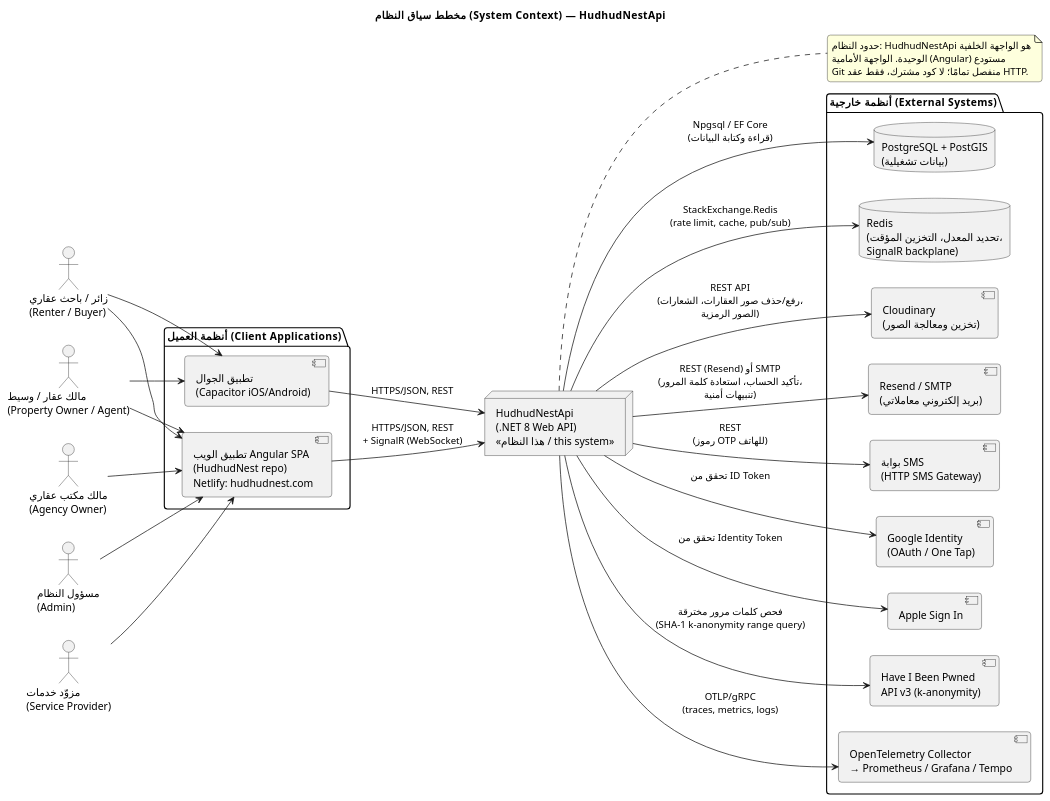
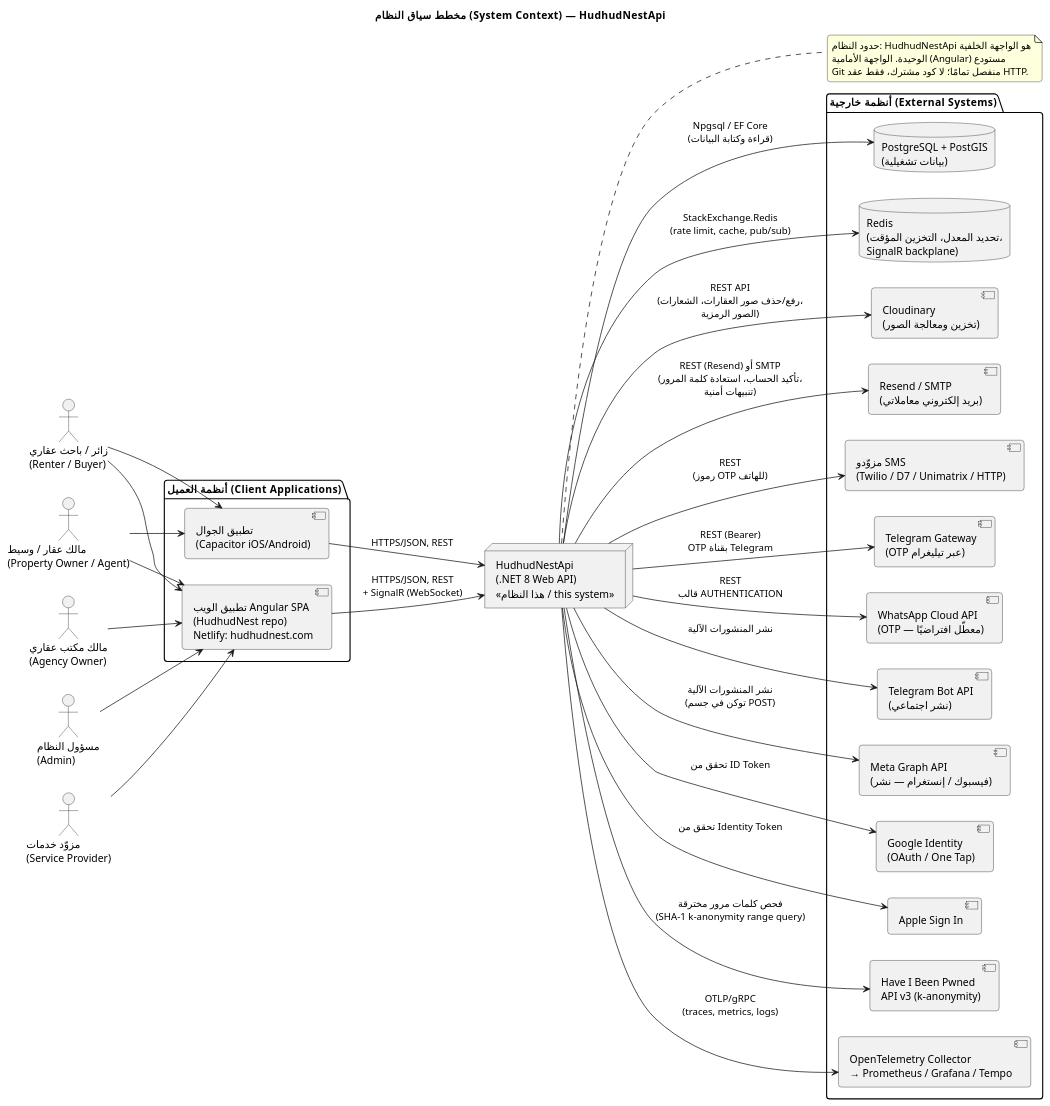
Before and after one commit to Naeem-Ba/HudhudNestApi: the diagram in docs/architecture/ARD/diagrams/01-system-context.puml, drawn with PlantUML. The commit also changed 5 other files, not shown here.

```diff
--- a/docs/architecture/ARD/diagrams/01-system-context.puml
+++ b/docs/architecture/ARD/diagrams/01-system-context.puml
@@ -1,62 +1,70 @@
 @startuml System_Context
 skinparam backgroundColor #FFFFFF
 skinparam shadowing false
 skinparam roundcorner 8
 skinparam defaultFontName "Segoe UI"
 title مخطط سياق النظام (System Context) — HudhudNestApi
 
 left to right direction
 
 actor "زائر / باحث عقاري\n(Renter / Buyer)" as Visitor
 actor "مالك عقار / وسيط\n(Property Owner / Agent)" as Owner
 actor "مالك مكتب عقاري\n(Agency Owner)" as AgencyOwner
 actor "مسؤول النظام\n(Admin)" as Admin
 actor "مزوّد خدمات\n(Service Provider)" as ServiceProvider
 
 package "أنظمة العميل (Client Applications)" {
   [تطبيق الويب Angular SPA\n(HudhudNest repo)\nNetlify: hudhudnest.com] as WebApp
   [تطبيق الجوال\n(Capacitor iOS/Android)] as MobileApp
 }
 
 node "HudhudNestApi\n(.NET 8 Web API)\n<<هذا النظام / this system>>" as System
 
 package "أنظمة خارجية (External Systems)" {
   database "PostgreSQL + PostGIS\n(بيانات تشغيلية)" as Postgres
   database "Redis\n(تحديد المعدل، التخزين المؤقت،\nSignalR backplane)" as Redis
   [Cloudinary\n(تخزين ومعالجة الصور)] as Cloudinary
   [Resend / SMTP\n(بريد إلكتروني معاملاتي)] as Email
-  [بوابة SMS\n(HTTP SMS Gateway)] as Sms
+  [مزوّدو SMS\n(Twilio / D7 / Unimatrix / HTTP)] as Sms
+  [Telegram Gateway\n(OTP عبر تيليغرام)] as TgGateway
+  [WhatsApp Cloud API\n(OTP — معطّل افتراضيًا)] as WaCloud
+  [Telegram Bot API\n(نشر اجتماعي)] as TgBot
+  [Meta Graph API\n(فيسبوك / إنستغرام — نشر)] as Meta
   [Google Identity\n(OAuth / One Tap)] as Google
   [Apple Sign In] as Apple
   [Have I Been Pwned\nAPI v3 (k-anonymity)] as HIBP
   [OpenTelemetry Collector\n→ Prometheus / Grafana / Tempo] as Otel
 }
 
 Visitor --> WebApp
 Visitor --> MobileApp
 Owner --> WebApp
 Owner --> MobileApp
 AgencyOwner --> WebApp
 Admin --> WebApp
 ServiceProvider --> WebApp
 
 WebApp --> System : HTTPS/JSON, REST\n+ SignalR (WebSocket)
 MobileApp --> System : HTTPS/JSON, REST
 
 System --> Postgres : Npgsql / EF Core\n(قراءة وكتابة البيانات)
 System --> Redis : StackExchange.Redis\n(rate limit, cache, pub/sub)
 System --> Cloudinary : REST API\n(رفع/حذف صور العقارات، الشعارات،\nالصور الرمزية)
 System --> Email : REST (Resend) أو SMTP\n(تأكيد الحساب، استعادة كلمة المرور،\nتنبيهات أمنية)
 System --> Sms : REST\n(رموز OTP للهاتف)
+System --> TgGateway : REST (Bearer)\nOTP بقناة Telegram
+System --> WaCloud : REST\nقالب AUTHENTICATION
+System --> TgBot : نشر المنشورات الآلية
+System --> Meta : نشر المنشورات الآلية\n(توكن في جسم POST)
 System --> Google : تحقق من ID Token
 System --> Apple : تحقق من Identity Token
 System --> HIBP : فحص كلمات مرور مخترقة\n(SHA-1 k-anonymity range query)
 System --> Otel : OTLP/gRPC\n(traces, metrics, logs)
 
 note right of System
   حدود النظام: HudhudNestApi هو الواجهة الخلفية
   الوحيدة. الواجهة الأمامية (Angular) مستودع
   Git منفصل تمامًا؛ لا كود مشترك، فقط عقد HTTP.
 end note
 
 @enduml
```
